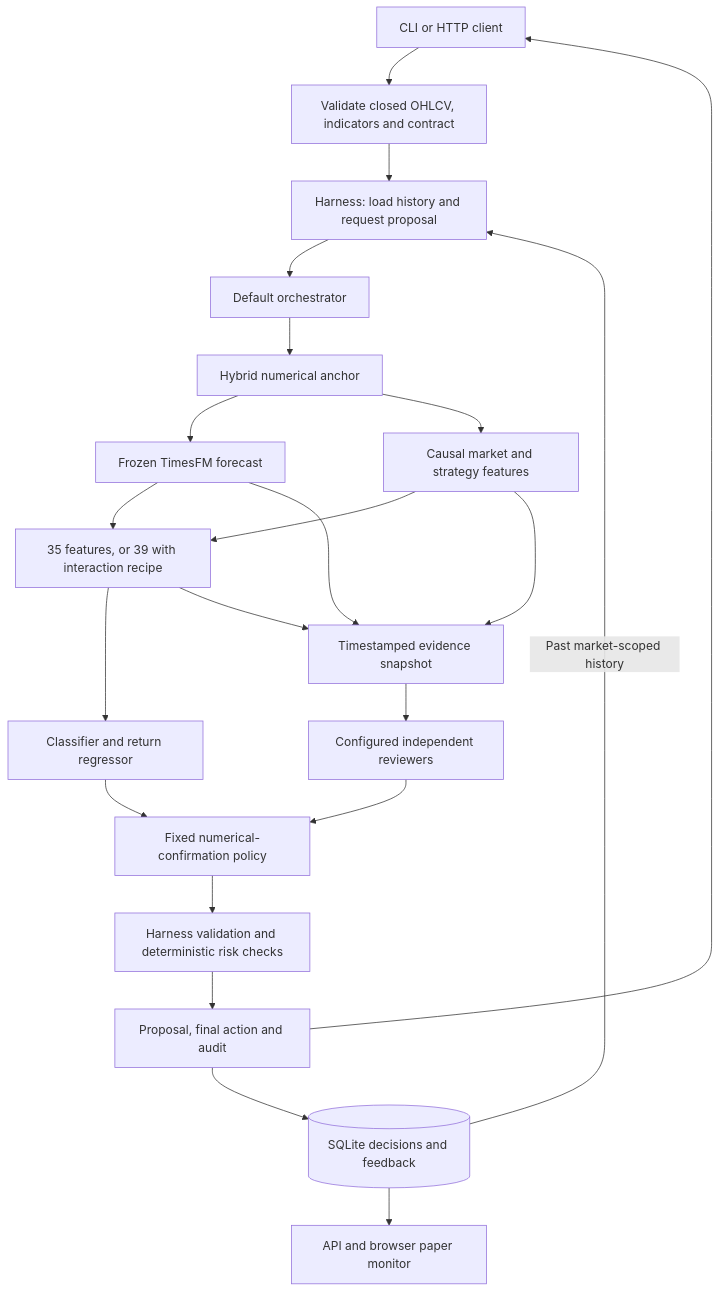
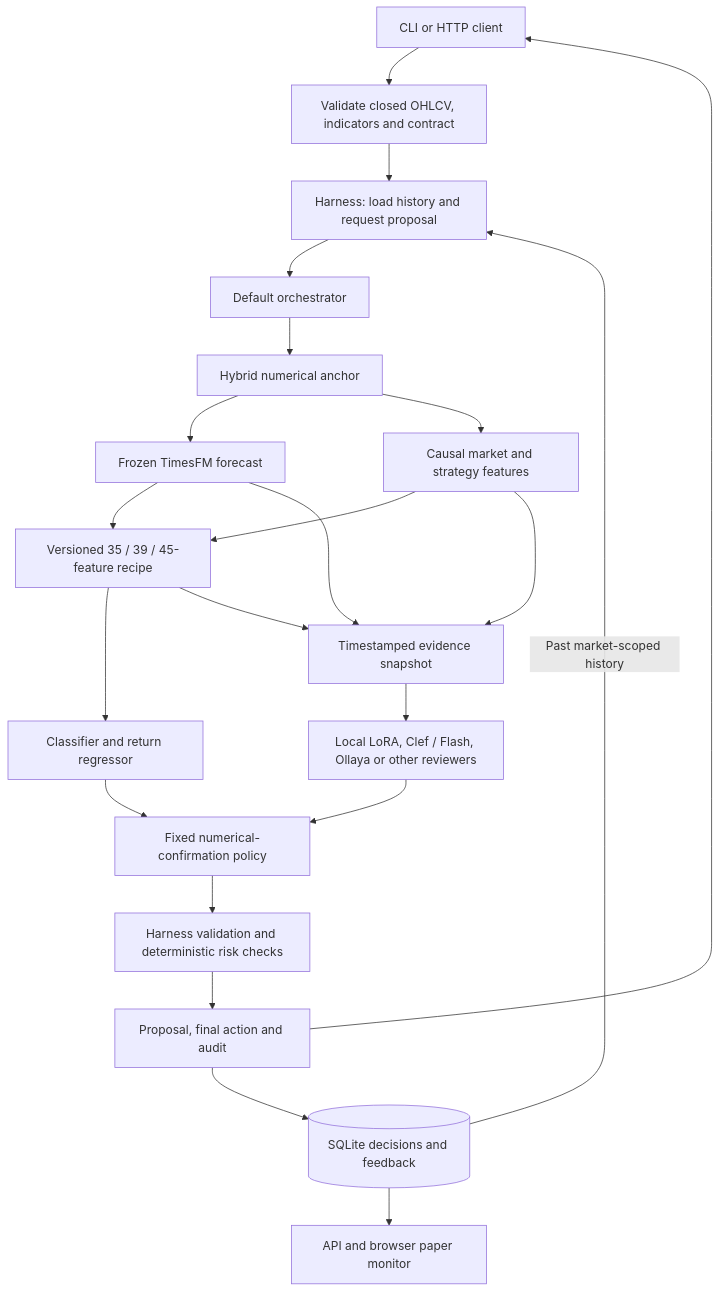
The first of 8 diagrams in docs/architecture.md (ar4ft/trade-harness), drawn with Mermaid before and after one commit. The commit also changed other lines of this file and 5 other files, not shown here.

Commit message:
Document Clef deployment, native scoring and research lifecycle with Mermaid

````diff
--- a/docs/architecture.md
+++ b/docs/architecture.md
@@ -22,24 +23,24 @@
 ```mermaid
 flowchart TD
     Client["CLI or HTTP client"] --> Market["Validate closed OHLCV, indicators and contract"]
     Market --> Harness["Harness: load history and request proposal"]
     Store[("SQLite decisions and feedback")] -->|"Past market-scoped history"| Harness
     Harness --> Orch["Default orchestrator"]
     Orch --> Hybrid["Hybrid numerical anchor"]
     Hybrid --> TF["Frozen TimesFM forecast"]
     Hybrid --> Features["Causal market and strategy features"]
-    TF --> Vector["35 features, or 39 with interaction recipe"]
+    TF --> Vector["Versioned 35 / 39 / 45-feature recipe"]
     Features --> Vector
     Vector --> Numerical["Classifier and return regressor"]
     TF --> Shared["Timestamped evidence snapshot"]
     Features --> Shared
     Vector --> Shared
-    Shared --> Reviews["Configured independent reviewers"]
+    Shared --> Reviews["Local LoRA, Clef / Flash, Ollaya or other reviewers"]
     Numerical --> Consensus["Fixed numerical-confirmation policy"]
     Reviews --> Consensus
     Consensus --> Checks["Harness validation and deterministic risk checks"]
     Checks --> Decision["Proposal, final action and audit"]
     Decision --> Store
     Decision --> Client
     Store --> Monitor["API and browser paper monitor"]
 ```
````
